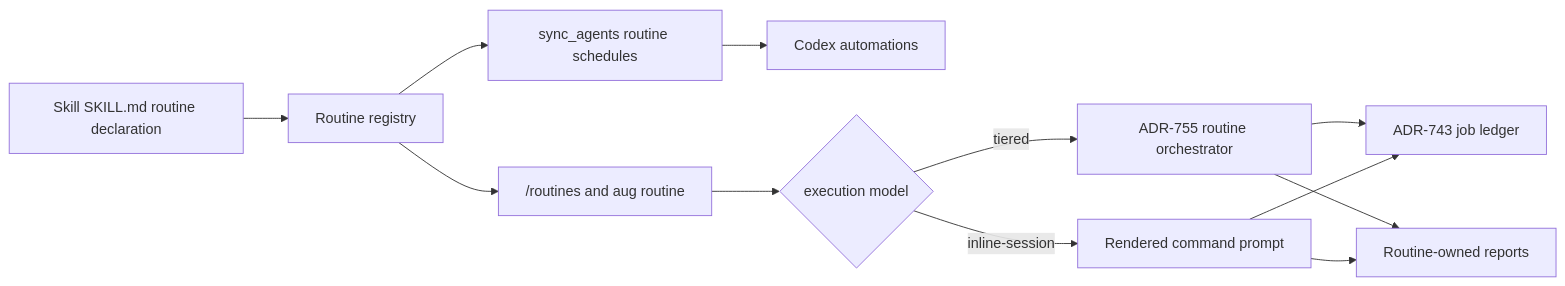
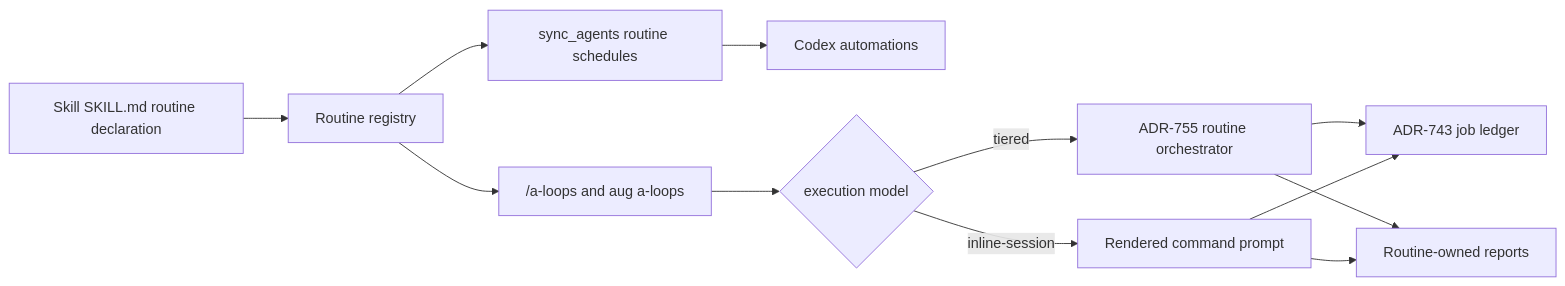
The second of 2 diagrams in docs/architecture-daemon.md (augur-os/augur-os), drawn with Mermaid before and after one commit. The commit also changed other lines of this file and 209 other files, not shown here.

````diff
--- a/docs/architecture-daemon.md
+++ b/docs/architecture-daemon.md
@@ -108,14 +108,14 @@
 ```mermaid
 flowchart LR
   Skill[Skill SKILL.md routine declaration] --> Registry[Routine registry]
-  Registry --> Surface["/routines and aug routine"]
+  Registry --> Surface["/a-loops and aug a-loops"]
   Registry --> Projection[sync_agents routine schedules]
   Projection --> Codex[Codex automations]
   Surface --> Tiered{"execution model"}
   Tiered -->|tiered| Orchestrator[ADR-755 routine orchestrator]
   Tiered -->|inline-session| Prompt[Rendered command prompt]
   Orchestrator --> Ledger[ADR-743 job ledger]
   Prompt --> Ledger
   Orchestrator --> Reports[Routine-owned reports]
   Prompt --> Reports
 ```
````
